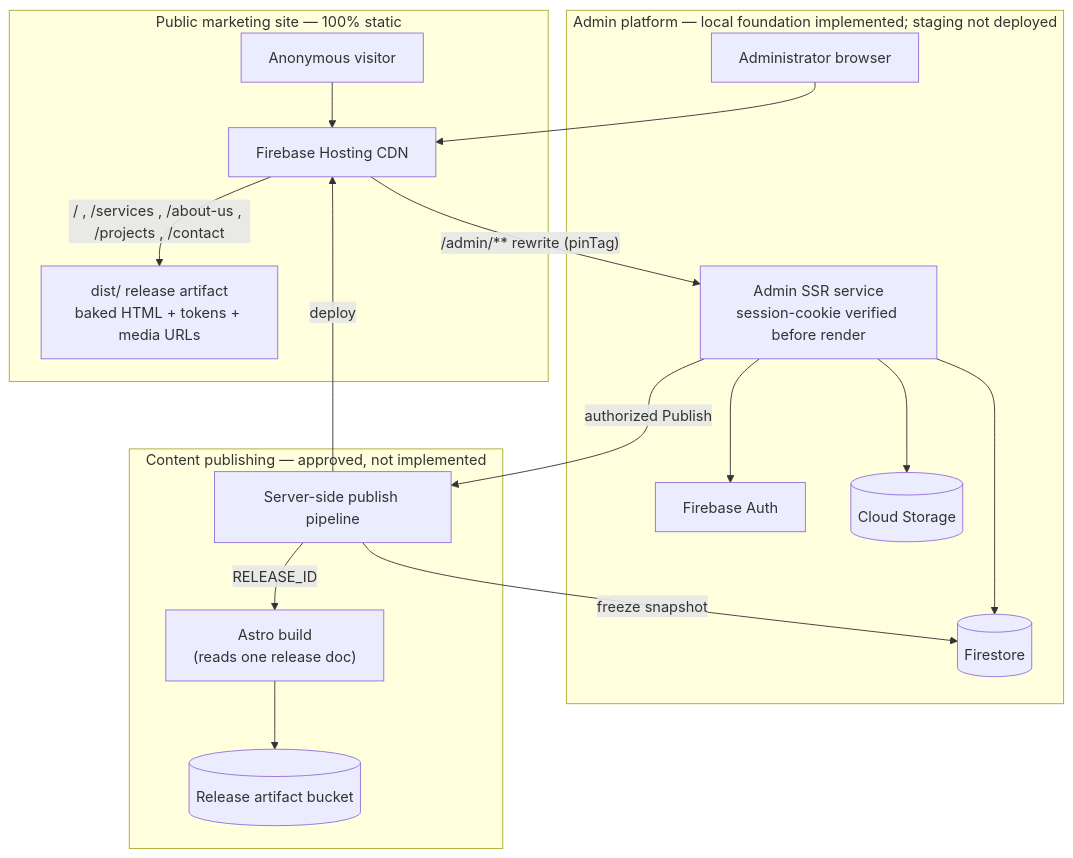
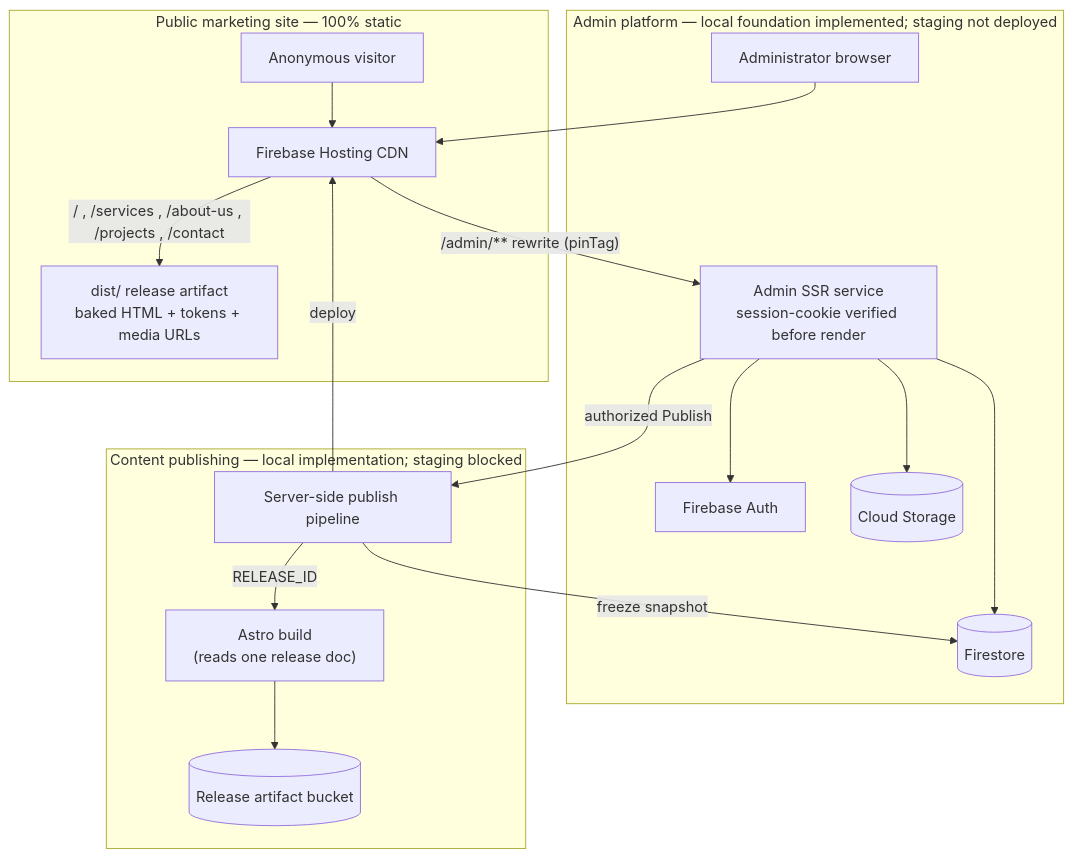
Before and after one commit to CJanithWaduge/rajarata-engineering: the first of 3 diagrams in ARCHITECTURE.md, drawn with Mermaid. The commit also changed other lines of this file and 29 other files, not shown here.

````diff
--- a/ARCHITECTURE.md
+++ b/ARCHITECTURE.md
@@ -31,23 +31,23 @@
 ```mermaid
 flowchart TB
   subgraph public["Public marketing site — 100% static"]
     V[Anonymous visitor] --> H[Firebase Hosting CDN]
     H -- "/ , /services , /about-us , /projects , /contact" --> D["dist/ release artifact<br/>baked HTML + tokens + media URLs"]
   end
 
   subgraph admin["Admin platform — local foundation implemented; staging not deployed"]
     AD[Administrator browser] --> H
     H -- "/admin/** rewrite (pinTag)" --> SSR["Admin SSR service<br/>session-cookie verified before render"]
     SSR --> AUTH[Firebase Auth]
     SSR --> FS[(Firestore)]
     SSR --> ST[(Cloud Storage)]
   end
 
-  subgraph publish["Content publishing — approved, not implemented"]
+  subgraph publish["Content publishing — local implementation; staging blocked"]
     SSR -- "authorized Publish" --> PIPE[Server-side publish pipeline]
     PIPE -- "freeze snapshot" --> FS
     PIPE -- "RELEASE_ID" --> BUILD["Astro build<br/>(reads one release doc)"]
     BUILD --> ART[(Release artifact bucket)]
     PIPE -- "deploy" --> H
   end
 ```
````
